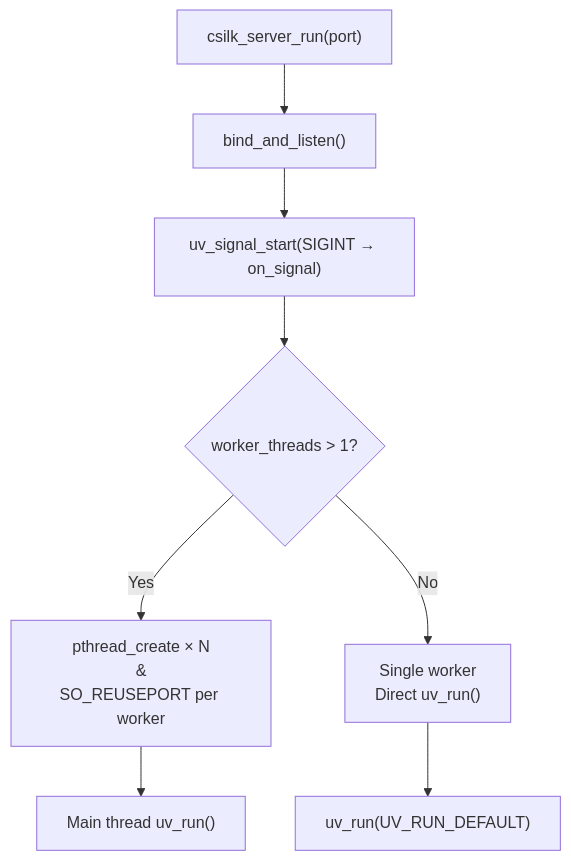
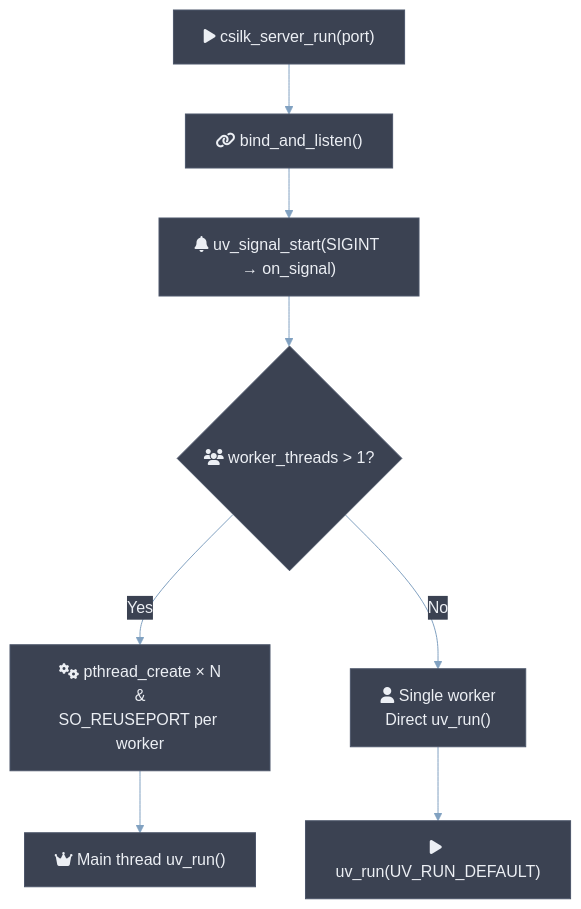
Before and after one commit to quintin-lee/csilk: the third of 9 diagrams in docs/module-design/server.md, drawn with Mermaid. The commit also changed other lines of this file and 30 other files, not shown here.

Commit message:
docs(docs): 📝 apply Nord Mermaid theme, RFC 2119 keywords, and quantified metrics to all docs

````diff
--- a/docs/module-design/server.md
+++ b/docs/module-design/server.md
@@ -113,12 +135,34 @@
 ```mermaid
+%%{init: {
+  'theme': 'base',
+  'themeVariables': {
+    'background': '#2E3440',
+    'primaryColor': '#81A1C1',
+    'primaryBorderColor': '#4C566A',
+    'primaryTextColor': '#ECEFF4',
+    'secondaryColor': '#3B4252',
+    'secondaryBorderColor': '#434C5E',
+    'secondaryTextColor': '#D8DEE9',
+    'lineColor': '#81A1C1',
+    'textColor': '#ECEFF4',
+    'mainBkg': '#3B4252',
+    'nodeBorder': '#4C566A',
+    'clusterBkg': '#2E3440',
+    'clusterBorder': '#4C566A',
+    'titleColor': '#ECEFF4',
+    'edgeLabelBackground': '#3B4252',
+    'nodeTextColor': '#ECEFF4'
+  },
+  'flowchart': {'htmlLabels': true, 'curve': 'basis'}
+}}%%
 flowchart TB
-    RUN["csilk_server_run(port)"] --> BIND["bind_and_listen()"]
-    BIND --> SIGNAL["uv_signal_start(SIGINT → on_signal)"]
-    SIGNAL --> WORKERS{"worker_threads > 1?"}
+    RUN["fa:fa-play csilk_server_run(port)"] --> BIND["fa:fa-link bind_and_listen()"]
+    BIND --> SIGNAL["fa:fa-bell uv_signal_start(SIGINT → on_signal)"]
+    SIGNAL --> WORKERS{"fa:fa-users worker_threads > 1?"}
 
-    WORKERS -->|Yes| SPAWN["pthread_create × N<br/>&#10;SO_REUSEPORT per worker"]
-    WORKERS -->|No| SINGLE["Single worker<br/>Direct uv_run()"]
+    WORKERS -->|Yes| SPAWN["fa:fa-cogs pthread_create × N<br/>&#10;SO_REUSEPORT per worker"]
+    WORKERS -->|No| SINGLE["fa:fa-user Single worker<br/>Direct uv_run()"]
 
-    SPAWN --> MAIN["Main thread uv_run()"]
-    SINGLE --> RUNLOOP["uv_run(UV_RUN_DEFAULT)"]
+    SPAWN --> MAIN["fa:fa-crown Main thread uv_run()"]
+    SINGLE --> RUNLOOP["fa:fa-play uv_run(UV_RUN_DEFAULT)"]
 ```
````
